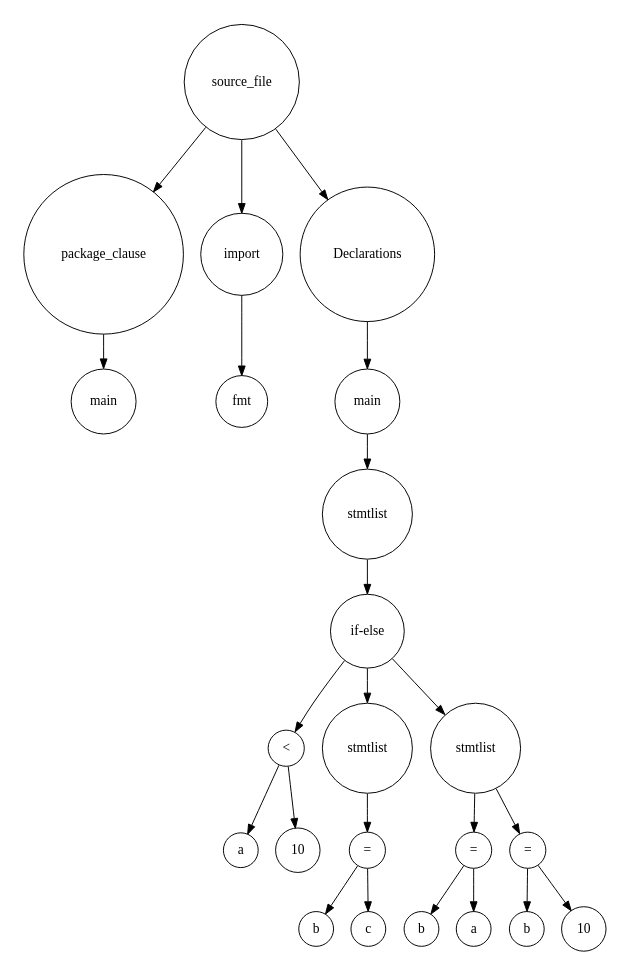
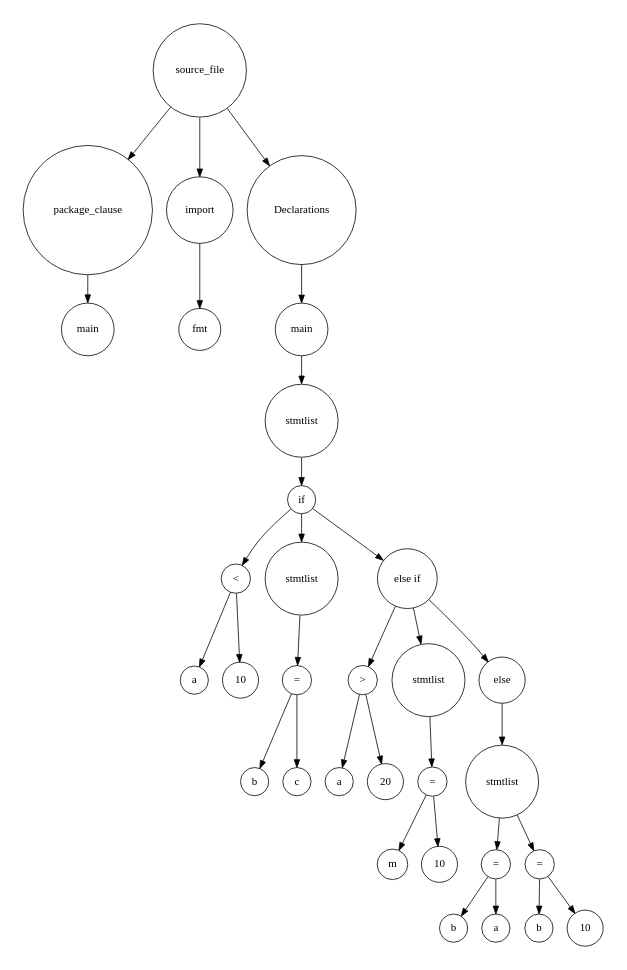
Before and after one commit to vinayaktrivedi/GOrakshak: the diagram in src/parser/graph1.gv, drawn with Graphviz. The commit also changed 4 other files, not shown here.

```diff
--- a/src/parser/graph1.gv
+++ b/src/parser/graph1.gv
@@ -1,47 +1,65 @@
 digraph finite_state_machine {ordering=out;rankdir=UD;size="8,5";node [shape = circle];
 1 [label="main"];
 2 [label="package_clause"];
 2->1;
 3 [label="fmt"];
 4 [label="import"];
 4->3;
 5 [label="main"];
 6 [label="a"];
 7 [label="10"];
 8 [label="<"];
 8->6;
 8->7;
 9 [label="b"];
 10 [label="c"];
 11 [label="="];
 11->9;
 11->10;
 12 [label="stmtlist"];
 12->11;
-13 [label="b"];
-14 [label="a"];
-15 [label="="];
+13 [label="a"];
+14 [label="20"];
+15 [label=">"];
 15->13;
 15->14;
-16 [label="stmtlist"];
-16->15;
-17 [label="b"];
-18 [label="10"];
-19 [label="="];
-19->17;
+16 [label="m"];
+17 [label="10"];
+18 [label="="];
+18->16;
+18->17;
+19 [label="stmtlist"];
 19->18;
-16->19;
-20 [label="if-else"];
-20->8;
-20->12;
-20->16;
-21 [label="stmtlist"];
-21->20;
-5->21;
-22 [label="Declarations"];
-22->5;
-23 [label="source_file"];
-23->2;
-23->4;
+20 [label="else if"];
+20->15;
+20->19;
+21 [label="b"];
+22 [label="a"];
+23 [label="="];
+23->21;
 23->22;
+24 [label="stmtlist"];
+24->23;
+25 [label="b"];
+26 [label="10"];
+27 [label="="];
+27->25;
+27->26;
+24->27;
+28 [label="else"];
+28->24;
+20->28;
+29 [label="if"];
+29->8;
+29->12;
+29->20;
+30 [label="stmtlist"];
+30->29;
+5->30;
+31 [label="Declarations"];
+31->5;
+32 [label="source_file"];
+32->2;
+32->4;
+32->31;
 }
```
